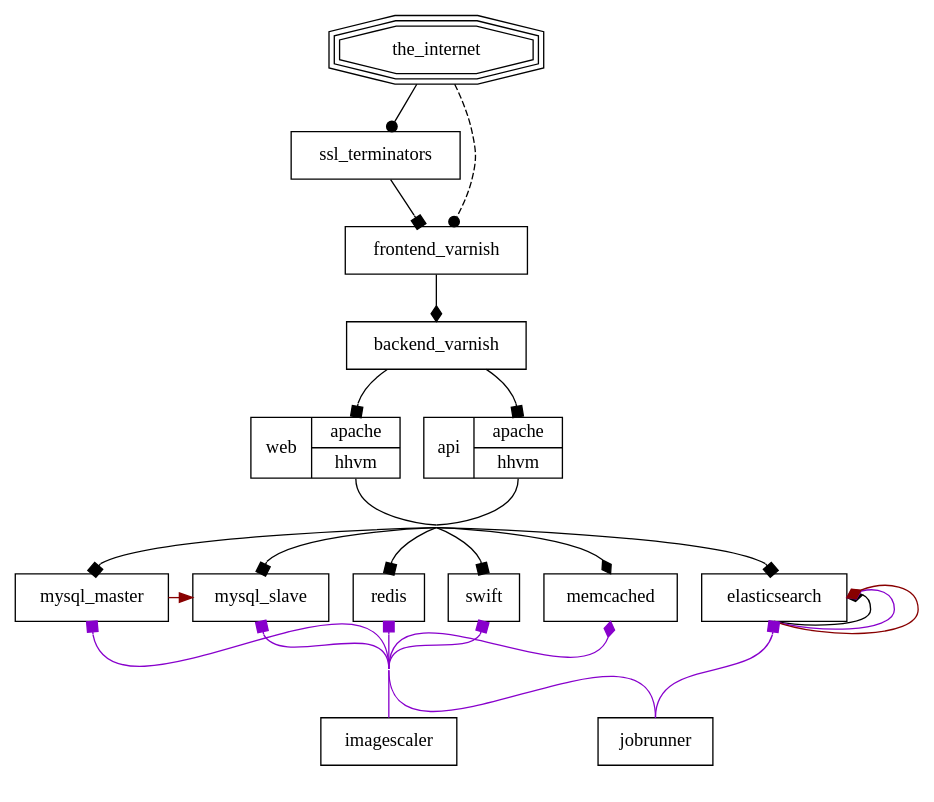
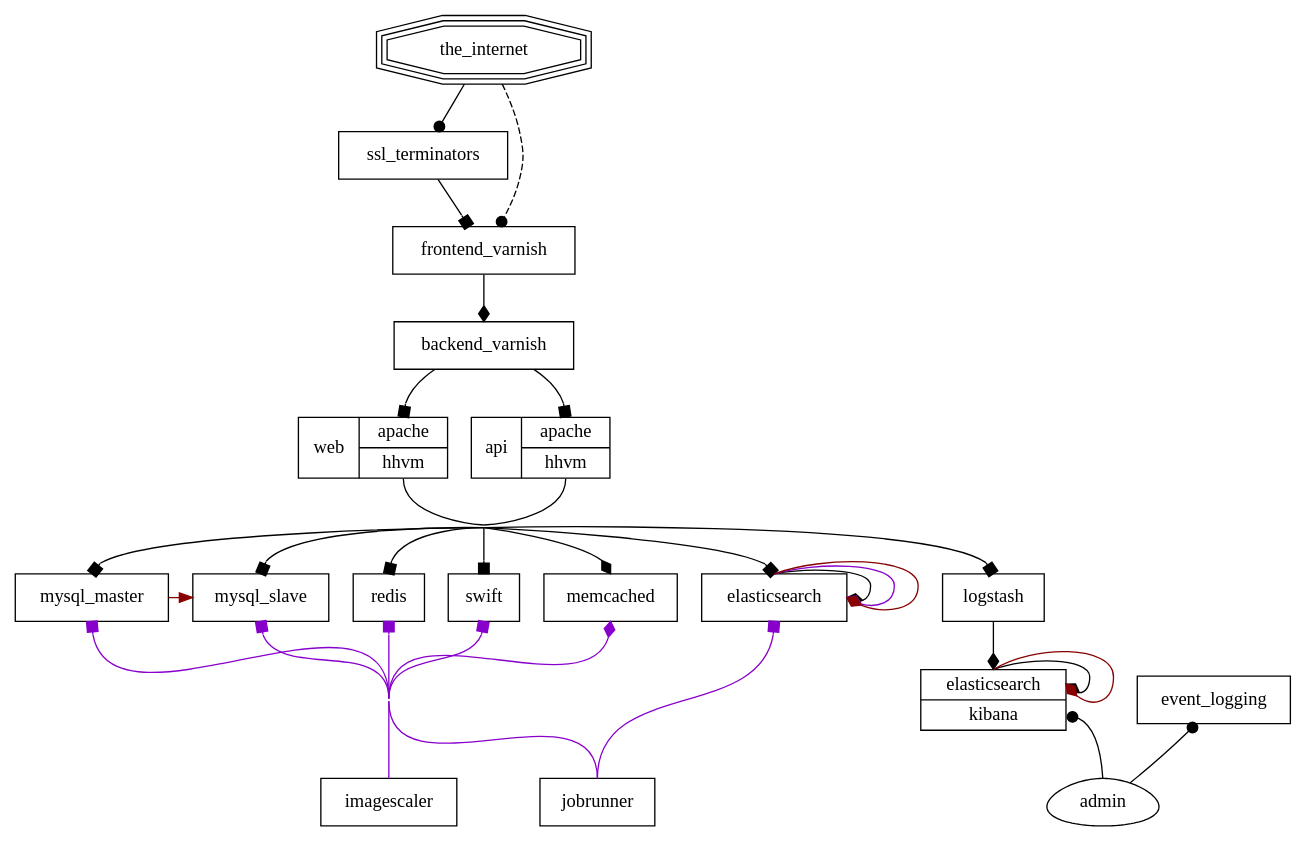
Before and after one commit to nik9000/wikimedia_diagram: the diagram in diagram.dot, drawn with Graphviz. The commit also changed 2 other files, not shown here.

Commit message:
Add logstash

```diff
--- a/diagram.dot
+++ b/diagram.dot
@@ -1,51 +1,63 @@
 digraph WMF {
   node [shape=box];
   edge [arrowhead=box];
   subgraph web_traffic {
     the_internet -> ssl_terminators [arrowhead=dot];
     the_internet -> frontend_varnish [style=dashed, arrowhead=dot];
     ssl_terminators -> frontend_varnish;
     frontend_varnish -> backend_varnish [arrowhead=diamond];
     backend_varnish -> {web, api} [headport="apache:n"];
     {web, api} -> web_service_collector [tailport="hhvm:s", arrowhead=none];
     web_service_collector [shape=point, width=0];
-    web_service_collector -> {mysql_master, mysql_slave, redis, elasticsearch, swift} [headport=n];
+    web_service_collector -> {mysql_master, mysql_slave, redis, elasticsearch, swift, logstash} [headport=n];
     web_service_collector -> memcached:n [arrowhead=diamond];
-    elasticsearch:s -> elasticsearch:e [arrowhead=diamond];
+    elasticsearch:n -> elasticsearch:e [arrowhead=diamond];
+    // I believe logstash uses the node client for Elasticsearch which can direct updates
+    // to the nodes that need them.
+    logstash -> logstash_elasticsearch [arrowhead=diamond];
+    logstash_elasticsearch:elasticsearch:n -> logstash_elasticsearch:elasticsearch:e [arrowhead=diamond];
   }
   subgraph jobs {
     edge [color="#8800cc", constraint=false, tailport=n, headport=s]
     // These edge defines all the layout
     subgraph layout {
       edge [style=invis, constraint=true];
       {mysql_master, mysql_slave, redis, swift, memcached} -> job_service_collector -> {jobrunner, imagescaler};
       elasticsearch -> jobrunner [minlen=2];
       subgraph r {
         rank=same;
         jobrunner, imagescaler;
       }
     }
 
     // These define the view
     job_service_collector [shape=point, width=0];
     {jobrunner, imagescaler} -> job_service_collector [arrowhead=none];
     job_service_collector -> {mysql_master, mysql_slave, redis, swift};
     job_service_collector -> memcached [arrowhead=diamond];
     jobrunner:n -> elasticsearch;
-    /*
-     * While technically Elasticsearch does forward request to itself for jobs as well as web
-     * traffic, it makes the graph really hard to read when its on there so I've commented it
-     * out. Hopefully its still obvious.
-     */
-    elasticsearch:s -> elasticsearch:e [arrowhead=diamond];
+    elasticsearch:n -> elasticsearch:e [arrowhead=diamond];
+  }
+  subgraph admin {
+    edge [constraint=false];
+    subgraph layout {
+      edge [style=invis, constraint=true];
+      logstash_elasticsearch -> admin;
+      event_logging -> admin;
+    }
+    admin [shape=egg];
+    admin -> logstash_elasticsearch:kibana [arrowhead=dot];
+    admin -> event_logging [arrowhead=dot];
   }
   subgraph replication {
     edge [color="#880000"]
     mysql_master -> mysql_slave [arrowhead=normal, constraint=false];
-    elasticsearch:s -> elasticsearch:e [arrowhead=diamond];
+    elasticsearch:n -> elasticsearch:e [arrowhead=diamond];
+    logstash_elasticsearch:elasticsearch:n -> logstash_elasticsearch:elasticsearch:e [arrowhead=diamond];
   }
 
   the_internet [shape=tripleoctagon];
-  web [shape=record, label="web | {<apache>apache | <hhvm>hhvm}"]
-  api [shape=record, label="api | {<apache>apache | <hhvm>hhvm}"]
+  web [shape=record, label="web | {<apache>apache | <hhvm>hhvm}"];
+  api [shape=record, label="api | {<apache>apache | <hhvm>hhvm}"];
+  logstash_elasticsearch [shape=record, label="{<elasticsearch> elasticsearch | <kibana>kibana}"]
 }
```
